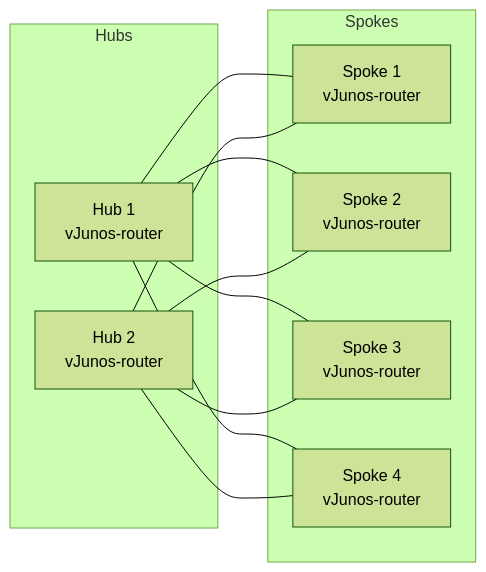
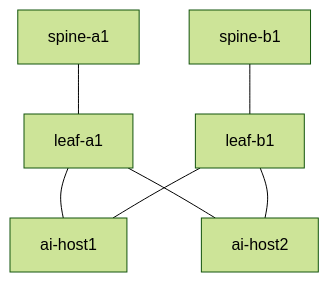
One commit to teze3808/containerlab-mcp-server changed the fourth of 6 diagrams in README.md. Above: the diagram before and after it, drawn with Mermaid (forest theme). The commit also changed other lines of this file and 6 other files, not shown here.

````diff
--- a/README.md
+++ b/README.md
@@ -417,21 +357,9 @@
 ```mermaid
-flowchart LR
-  subgraph Hubs
-    H1["Hub 1<br/>vJunos-router"]
-    H2["Hub 2<br/>vJunos-router"]
-  end
-  subgraph Spokes
-    S1["Spoke 1<br/>vJunos-router"]
-    S2["Spoke 2<br/>vJunos-router"]
-    S3["Spoke 3<br/>vJunos-router"]
-    S4["Spoke 4<br/>vJunos-router"]
-  end
-  H1 --- S1
-  H1 --- S2
-  H1 --- S3
-  H1 --- S4
-  H2 --- S1
-  H2 --- S2
-  H2 --- S3
-  H2 --- S4
+flowchart TB
+  SA["spine-a1"] --- LA["leaf-a1"]
+  SB["spine-b1"] --- LB["leaf-b1"]
+  LA --- H1["ai-host1"]
+  LB --- H1
+  LA --- H2["ai-host2"]
+  LB --- H2
 ```
````
